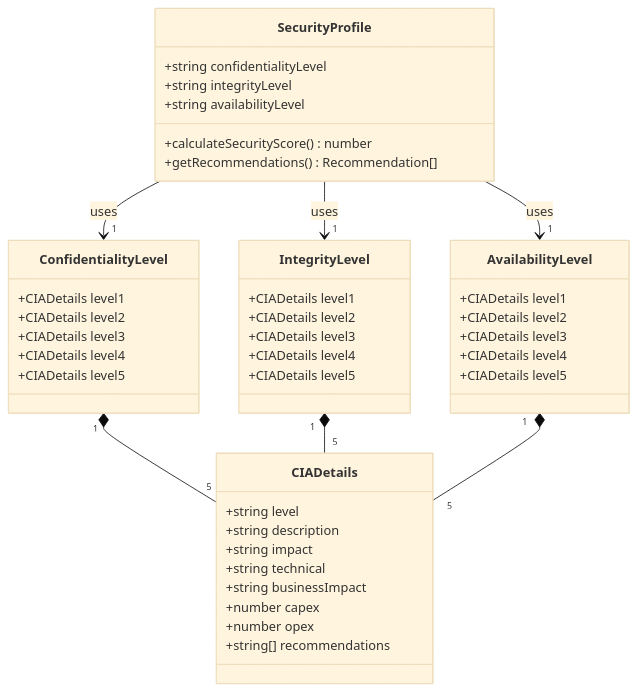
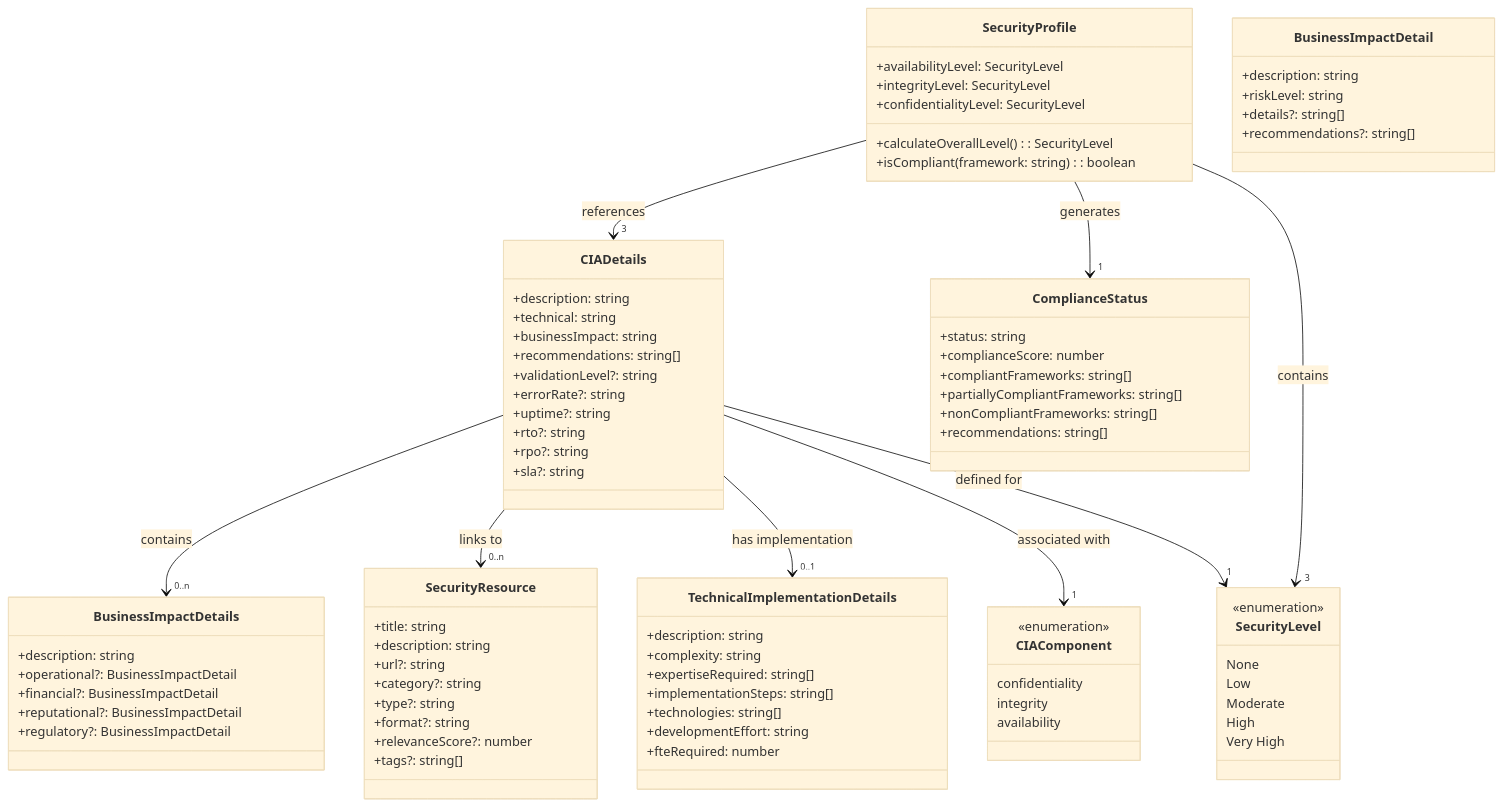
The first of 3 diagrams in docs/architecture/DATA_MODEL.md (Hack23/cia-compliance-manager), drawn with Mermaid (base theme) before and after one commit. The commit also changed other lines of this file and 7 other files, not shown here.

````diff
--- a/docs/architecture/DATA_MODEL.md
+++ b/docs/architecture/DATA_MODEL.md
@@ -57,52 +24,94 @@
 ```mermaid
 classDiagram
-    class CIADetails {
-        +string level
-        +string description
-        +string impact
-        +string technical
-        +string businessImpact
-        +number capex
-        +number opex
-        +string[] recommendations
+    class SecurityProfile {
+        +availabilityLevel: SecurityLevel
+        +integrityLevel: SecurityLevel
+        +confidentialityLevel: SecurityLevel
+        +calculateOverallLevel(): SecurityLevel
+        +isCompliant(framework: string): boolean
     }
     
-    class ConfidentialityLevel {
-        +CIADetails level1
-        +CIADetails level2
-        +CIADetails level3
-        +CIADetails level4
-        +CIADetails level5
+    class CIADetails {
+        +description: string
+        +technical: string
+        +businessImpact: string
+        +recommendations: string[]
+        +validationLevel?: string
+        +errorRate?: string
+        +uptime?: string
+        +rto?: string
+        +rpo?: string
+        +sla?: string
     }
     
-    class IntegrityLevel {
-        +CIADetails level1
-        +CIADetails level2
-        +CIADetails level3
-        +CIADetails level4
-        +CIADetails level5
+    class BusinessImpactDetails {
+        +description: string
+        +operational?: BusinessImpactDetail
+        +financial?: BusinessImpactDetail
+        +reputational?: BusinessImpactDetail
+        +regulatory?: BusinessImpactDetail
     }
     
-    class AvailabilityLevel {
-        +CIADetails level1
-        +CIADetails level2
-        +CIADetails level3
-        +CIADetails level4
-        +CIADetails level5
+    class BusinessImpactDetail {
+        +description: string
+        +riskLevel: string
+        +details?: string[]
+        +recommendations?: string[]
     }
     
-    class SecurityProfile {
-        +string confidentialityLevel
-        +string integrityLevel
-        +string availabilityLevel
-        +calculateSecurityScore() number
-        +getRecommendations() Recommendation[]
+    class ComplianceStatus {
+        +status: string
+        +complianceScore: number
+        +compliantFrameworks: string[]
+        +partiallyCompliantFrameworks: string[]
+        +nonCompliantFrameworks: string[]
+        +recommendations: string[]
     }
-
-    ConfidentialityLevel "1" *-- "5" CIADetails
-    IntegrityLevel "1" *-- "5" CIADetails
-    AvailabilityLevel "1" *-- "5" CIADetails
-    SecurityProfile --> "1" ConfidentialityLevel : uses
-    SecurityProfile --> "1" IntegrityLevel : uses
-    SecurityProfile --> "1" AvailabilityLevel : uses
+    
+    class SecurityResource {
+        +title: string
+        +description: string
+        +url?: string
+        +category?: string
+        +type?: string
+        +format?: string
+        +relevanceScore?: number
+        +tags?: string[]
+    }
+    
+    class TechnicalImplementationDetails {
+        +description: string
+        +complexity: string
+        +expertiseRequired: string[]
+        +implementationSteps: string[]
+        +technologies: string[]
+        +developmentEffort: string
+        +fteRequired: number
+    }
+    
+    SecurityProfile --> "3" CIADetails : references
+    SecurityProfile --> "1" ComplianceStatus : generates
+    CIADetails --> "0..n" BusinessImpactDetails : contains
+    CIADetails --> "0..n" SecurityResource : links to
+    CIADetails --> "0..1" TechnicalImplementationDetails : has implementation
+    
+    class SecurityLevel {
+        <<enumeration>>
+        None
+        Low
+        Moderate
+        High
+        Very High
+    }
+    
+    class CIAComponent {
+        <<enumeration>>
+        confidentiality
+        integrity
+        availability
+    }
+    
+    SecurityProfile --> "3" SecurityLevel : contains
+    CIADetails --> "1" CIAComponent : associated with
+    CIADetails --> "1" SecurityLevel : defined for
 ```
````
